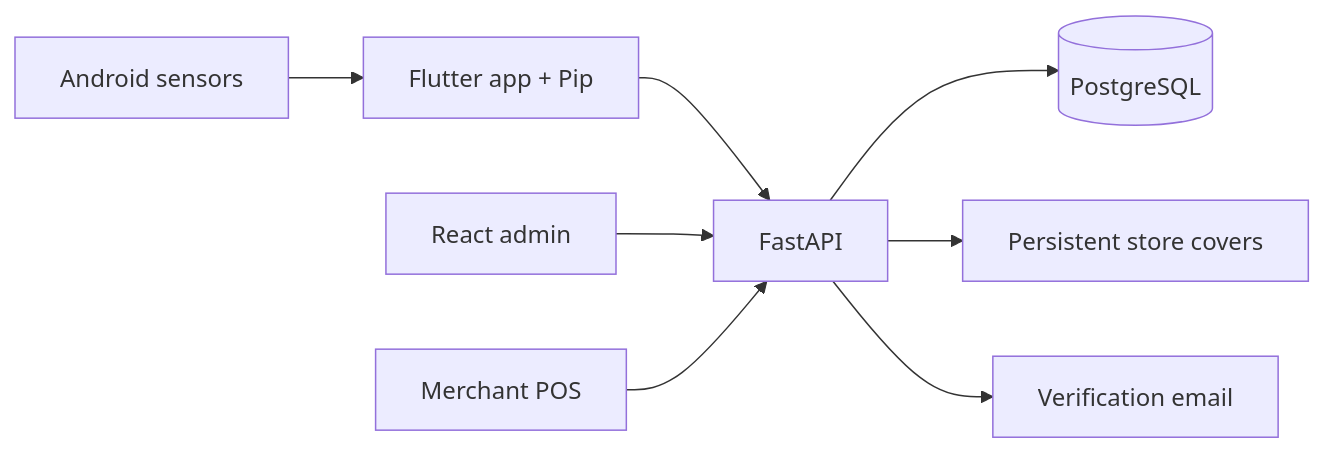
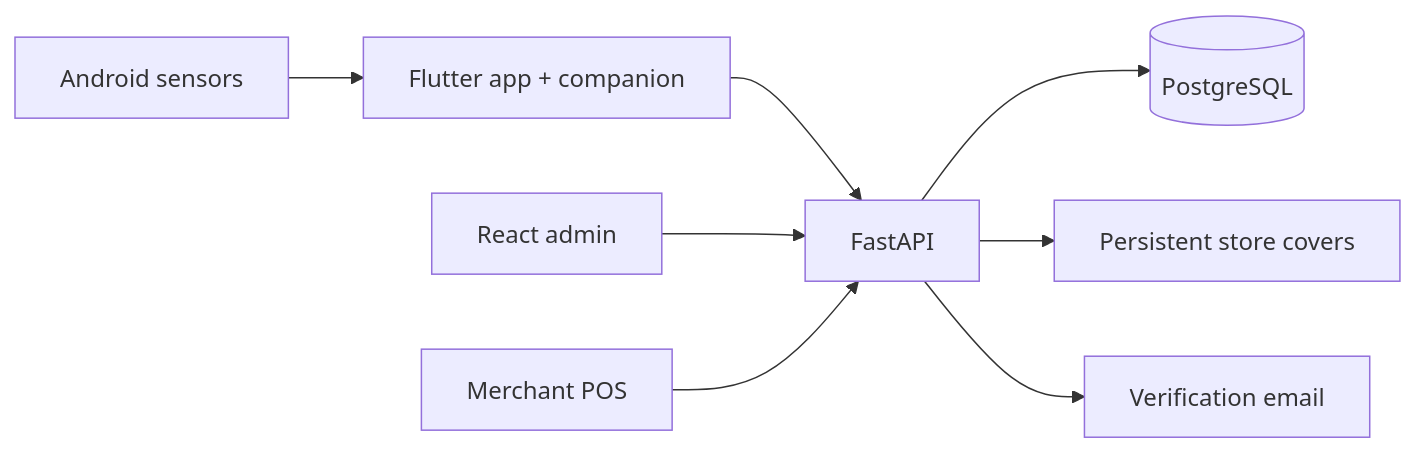
The diagram in README.md (hanovadevs/char-qadam), drawn with Mermaid before and after one commit. The commit also changed other lines of this file and 90 other files, not shown here.

Commit message:
Build cozy mobile design with editable 3D companion and illustrated auth

````diff
--- a/README.md
+++ b/README.md
@@ -49,10 +49,10 @@
 ```mermaid
 flowchart LR
-    Sensors[Android sensors] --> Mobile[Flutter app + Pip]
+    Sensors[Android sensors] --> Mobile[Flutter app + companion]
     Mobile --> API[FastAPI]
     Admin[React admin] --> API
     Merchant[Merchant POS] --> API
     API --> DB[(PostgreSQL)]
     API --> Media[Persistent store covers]
     API --> Mail[Verification email]
 ```
````
